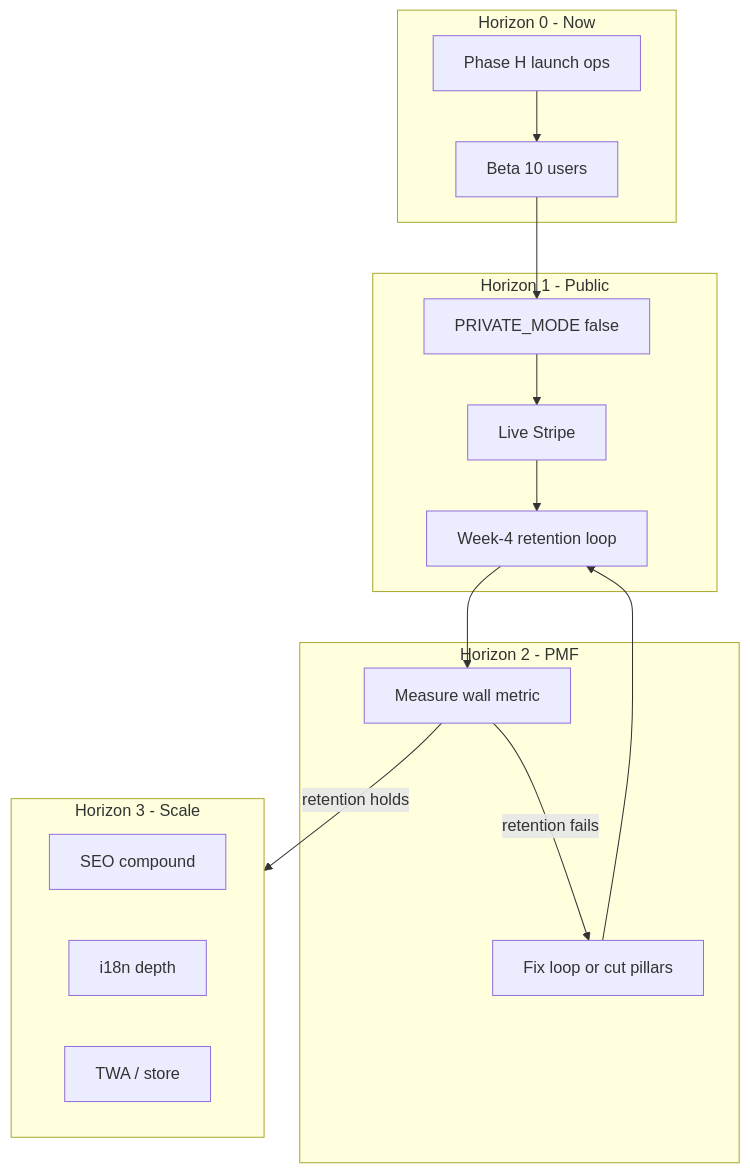
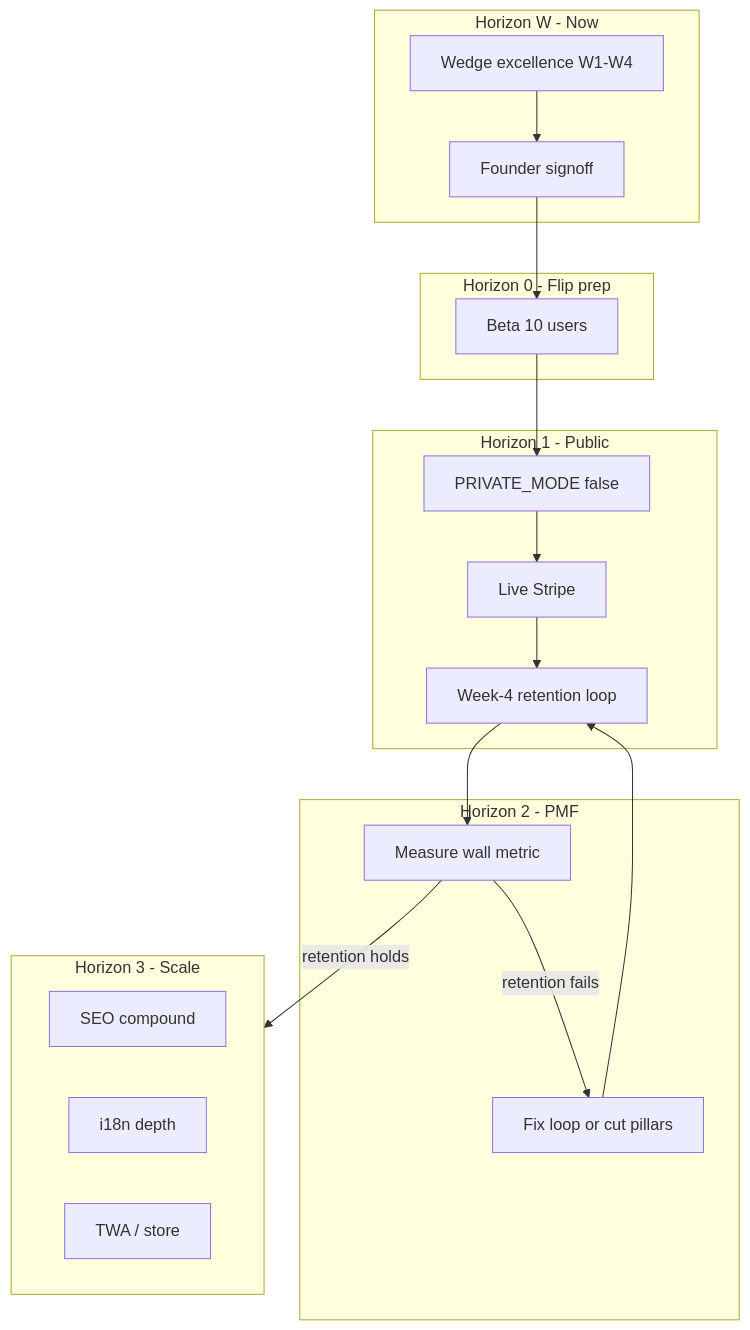
Before and after one commit to Snedz/missionwinning: the diagram in ORCHESTRATION.md, drawn with Mermaid. The commit also changed other lines of this file and 59 other files, not shown here.

````diff
--- a/ORCHESTRATION.md
+++ b/ORCHESTRATION.md
@@ -28,25 +28,28 @@
 ```mermaid
 flowchart TB
-  subgraph H0 [Horizon 0 - Now]
-    H[Phase H launch ops]
+  subgraph HW [Horizon W - Now]
+    W[Wedge excellence W1-W4]
+    S[Founder signoff]
+  end
+  subgraph H0 [Horizon 0 - Flip prep]
     B[Beta 10 users]
   end
   subgraph H1 [Horizon 1 - Public]
     P[PRIVATE_MODE false]
-    S[Live Stripe]
+    S2[Live Stripe]
     R[Week-4 retention loop]
   end
   subgraph H2 [Horizon 2 - PMF]
     M[Measure wall metric]
     F[Fix loop or cut pillars]
   end
   subgraph H3 [Horizon 3 - Scale]
     SEO[SEO compound]
     I18N[i18n depth]
     TWA[TWA / store]
   end
-  H --> B --> P --> S --> R --> M
+  W --> S --> B --> P --> S2 --> R --> M
   M -->|retention holds| H3
   M -->|retention fails| F
   F --> R
 ```
````
